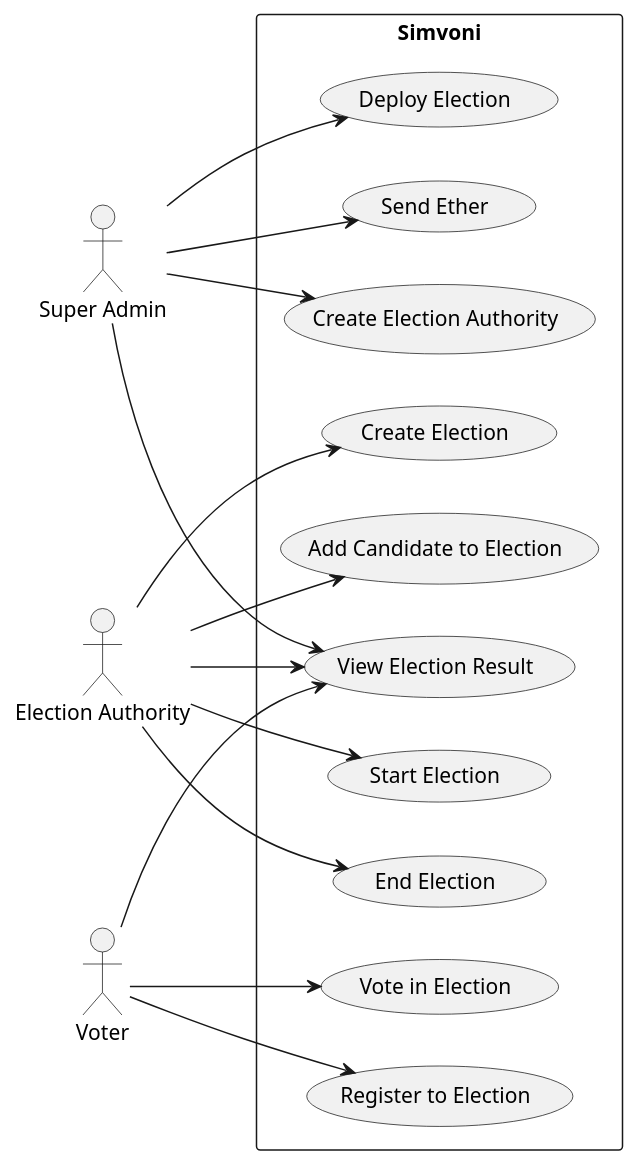
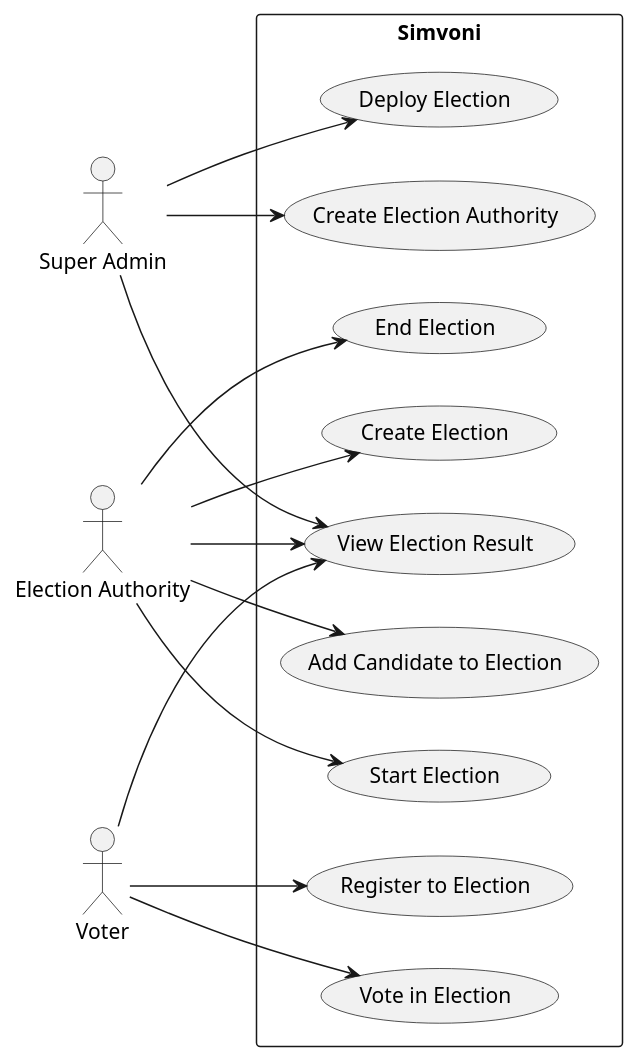
The diagram in usecase.puml (cekingx/diagram-simvoni), drawn with PlantUML before and after one commit.

Commit message:
revisi pak suar

```diff
--- a/usecase.puml
+++ b/usecase.puml
@@ -1,35 +1,33 @@
 @startuml
 
 left to right direction
 actor "Super Admin" as sa
 actor "Election Authority" as ea
 actor "Voter" as vo
 
 rectangle Simvoni {
     usecase "Create Election Authority" as create_ea
     usecase "Deploy Election" as deploy_election
-    usecase "Send Ether" as send_ether
     usecase "Create Election" as create_election
     usecase "Add Candidate to Election" as add_candidate
     usecase "Start Election" as start_election
     usecase "End Election" as end_election
     usecase "Register to Election" as register_to_election
     usecase "Vote in Election" as vote_in_election
     usecase "View Election Result" as view_election_result
 }
 
 sa --> create_ea
 sa --> deploy_election
-sa --> send_ether
 ea --> create_election
 ea --> add_candidate
 ea --> start_election
 ea --> end_election
 vo --> register_to_election
 vo --> vote_in_election
 
 sa --> view_election_result
 ea --> view_election_result
 vo --> view_election_result
 
 @enduml
```
